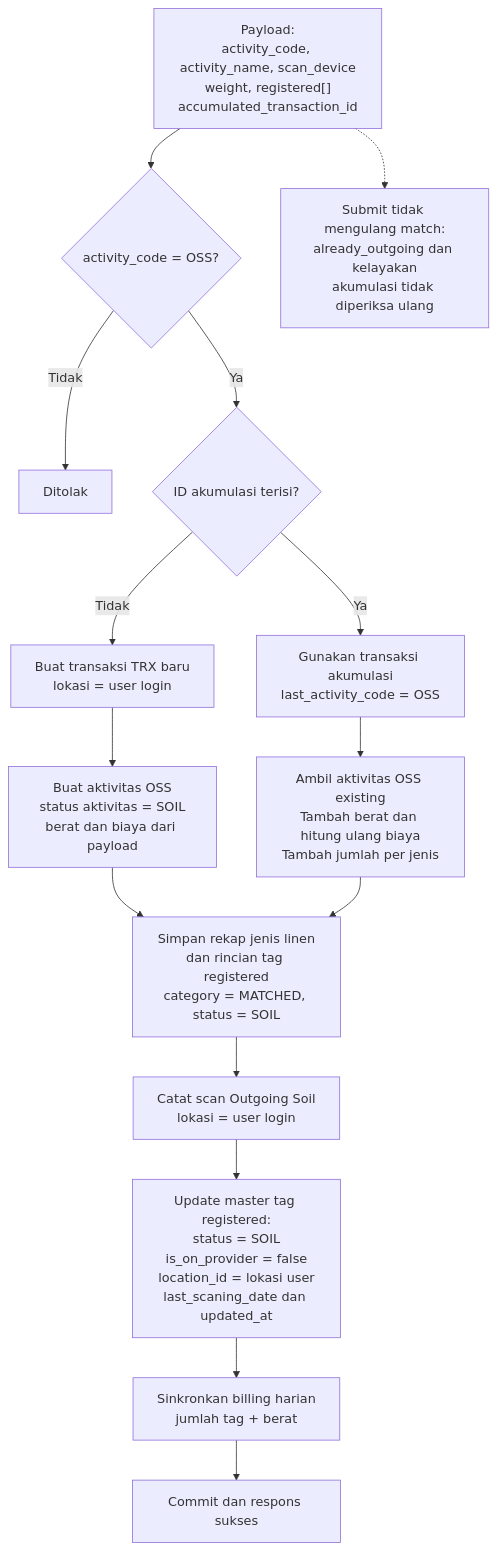
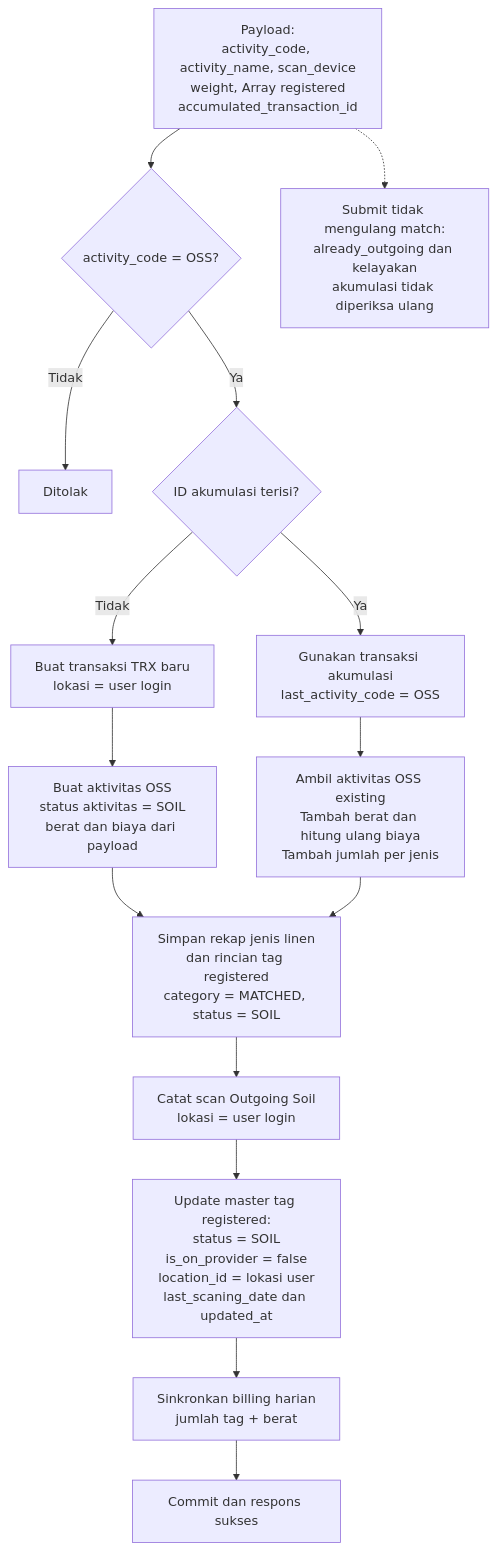
Before and after one commit to bagaskrmn/bac-flow-laundry: the second of 2 diagrams in laundry-activities/outgoing-soil.md, drawn with Mermaid. The commit also changed other lines of this file, not shown here.

````diff
--- a/laundry-activities/outgoing-soil.md
+++ b/laundry-activities/outgoing-soil.md
@@ -35,22 +35,22 @@
 ```mermaid
 flowchart TD
-    IN["Payload:<br/>activity_code, activity_name, scan_device<br/>weight, registered[]<br/>accumulated_transaction_id"]
-    IN --> VALID{"activity_code = OSS?"}
-    VALID -->|Tidak| REJECT["Ditolak"]
-    VALID -->|Ya| MODE{"ID akumulasi terisi?"}
+    N_IN["Payload:<br/>activity_code, activity_name, scan_device<br/>weight, Array registered<br/>accumulated_transaction_id"]
+    N_IN --> N_VALID{"activity_code = OSS?"}
+    N_VALID -->|Tidak| N_REJECT["Ditolak"]
+    N_VALID -->|Ya| N_MODE{"ID akumulasi terisi?"}
 
-    MODE -->|Tidak| NEW["Buat transaksi TRX baru<br/>lokasi = user login"]
-    NEW --> ACT["Buat aktivitas OSS<br/>status aktivitas = SOIL<br/>berat dan biaya dari payload"]
+    N_MODE -->|Tidak| N_NEW["Buat transaksi TRX baru<br/>lokasi = user login"]
+    N_NEW --> N_ACT["Buat aktivitas OSS<br/>status aktivitas = SOIL<br/>berat dan biaya dari payload"]
 
-    MODE -->|Ya| OLD["Gunakan transaksi akumulasi<br/>last_activity_code = OSS"]
-    OLD --> ADD["Ambil aktivitas OSS existing<br/>Tambah berat dan hitung ulang biaya<br/>Tambah jumlah per jenis"]
+    N_MODE -->|Ya| N_OLD["Gunakan transaksi akumulasi<br/>last_activity_code = OSS"]
+    N_OLD --> N_ADD["Ambil aktivitas OSS existing<br/>Tambah berat dan hitung ulang biaya<br/>Tambah jumlah per jenis"]
 
-    ACT --> DETAIL["Simpan rekap jenis linen<br/>dan rincian tag registered<br/>category = MATCHED, status = SOIL"]
-    ADD --> DETAIL
-    DETAIL --> SCAN["Catat scan Outgoing Soil<br/>lokasi = user login"]
-    SCAN --> MASTER["Update master tag registered:<br/>status = SOIL<br/>is_on_provider = false<br/>location_id = lokasi user<br/>last_scaning_date dan updated_at"]
-    MASTER --> BILL["Sinkronkan billing harian<br/>jumlah tag + berat"]
-    BILL --> DONE["Commit dan respons sukses"]
+    N_ACT --> N_DETAIL["Simpan rekap jenis linen<br/>dan rincian tag registered<br/>category = MATCHED, status = SOIL"]
+    N_ADD --> N_DETAIL
+    N_DETAIL --> N_SCAN["Catat scan Outgoing Soil<br/>lokasi = user login"]
+    N_SCAN --> N_MASTER["Update master tag registered:<br/>status = SOIL<br/>is_on_provider = false<br/>location_id = lokasi user<br/>last_scaning_date dan updated_at"]
+    N_MASTER --> N_BILL["Sinkronkan billing harian<br/>jumlah tag + berat"]
+    N_BILL --> N_DONE["Commit dan respons sukses"]
 
-    IN -.-> TRUST["Submit tidak mengulang match:<br/>already_outgoing dan kelayakan<br/>akumulasi tidak diperiksa ulang"]
+    N_IN -.-> N_TRUST["Submit tidak mengulang match:<br/>already_outgoing dan kelayakan<br/>akumulasi tidak diperiksa ulang"]
 ```
````
